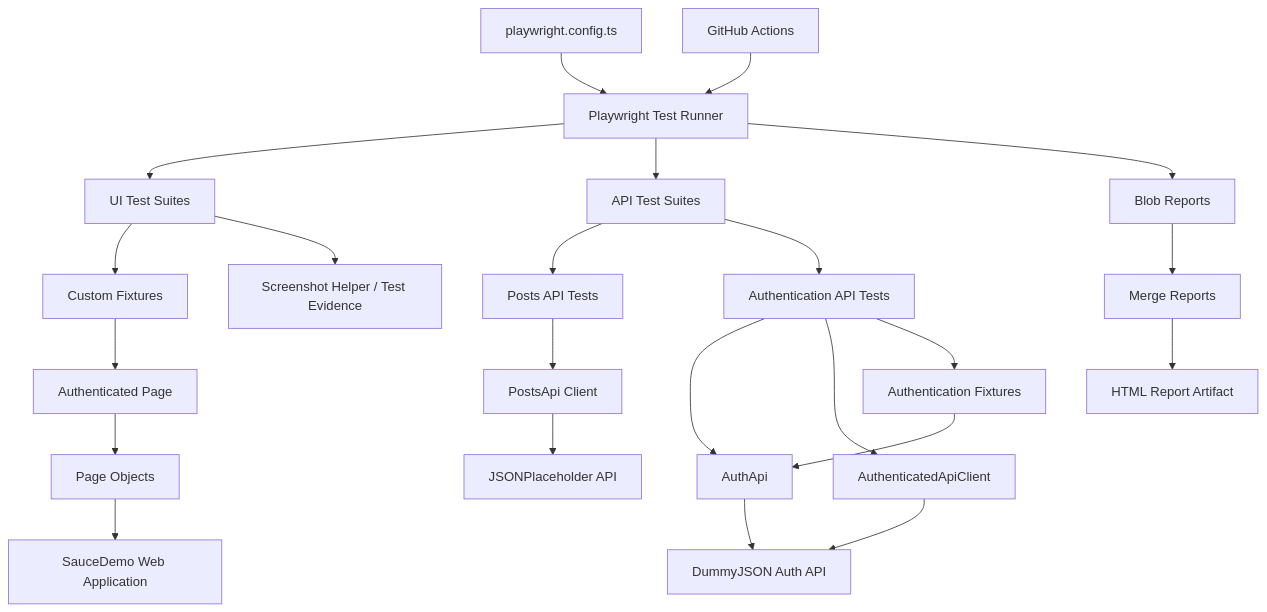
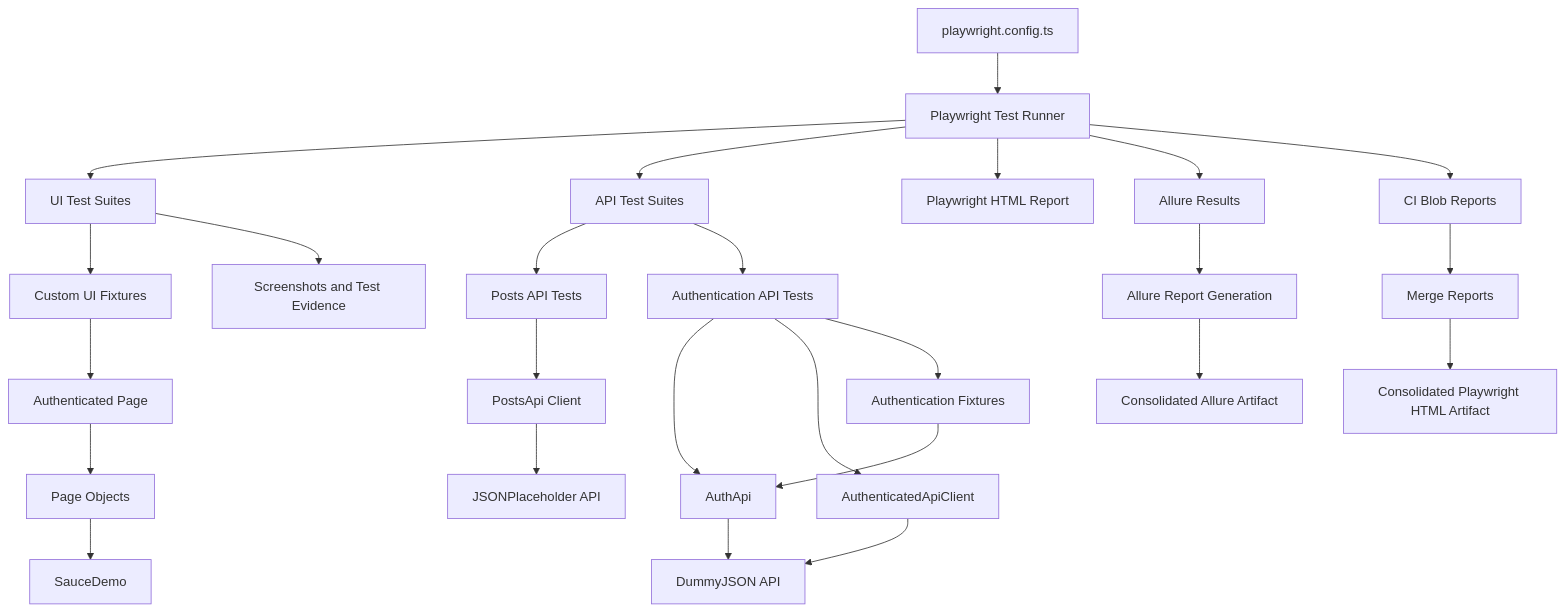
The first of 4 diagrams in README.md (ankit19apr/sauce-demo-playwright), drawn with Mermaid before and after one commit. The commit also changed other lines of this file, not shown here.

````diff
--- a/README.md
+++ b/README.md
@@ -76,28 +90,31 @@
 ``` mermaid
 flowchart TD
     A[Playwright Test Runner] --> B[UI Test Suites]
     A --> C[API Test Suites]
 
-    B --> D[Custom Fixtures]
+    B --> D[Custom UI Fixtures]
     D --> E[Authenticated Page]
     E --> F[Page Objects]
-    F --> G[SauceDemo Web Application]
-    B --> H[Screenshot Helper / Test Evidence]
+    F --> G[SauceDemo]
+    B --> H[Screenshots and Test Evidence]
 
     C --> I[Posts API Tests]
     C --> J[Authentication API Tests]
     I --> K[PostsApi Client]
     J --> L[AuthApi]
     J --> M[AuthenticatedApiClient]
     J --> N[Authentication Fixtures]
     K --> O[JSONPlaceholder API]
-    L --> P[DummyJSON Auth API]
+    L --> P[DummyJSON API]
     M --> P
     N --> L
 
     Q[playwright.config.ts] --> A
-    R[GitHub Actions] --> A
-    A --> S[Blob Reports]
-    S --> T[Merge Reports]
-    T --> U[HTML Report Artifact]
+    A --> R[Playwright HTML Report]
+    A --> S[Allure Results]
+    A --> T[CI Blob Reports]
+    T --> U[Merge Reports]
+    U --> V[Consolidated Playwright HTML Artifact]
+    S --> W[Allure Report Generation]
+    W --> X[Consolidated Allure Artifact]
 ```
````
